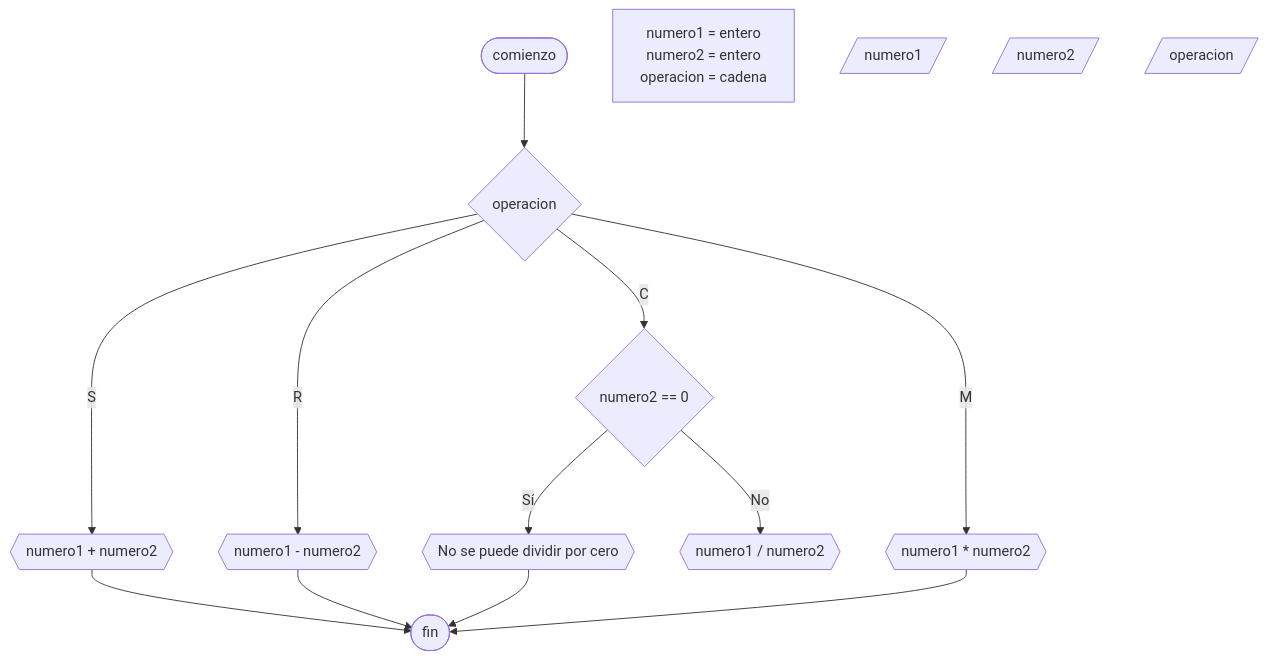
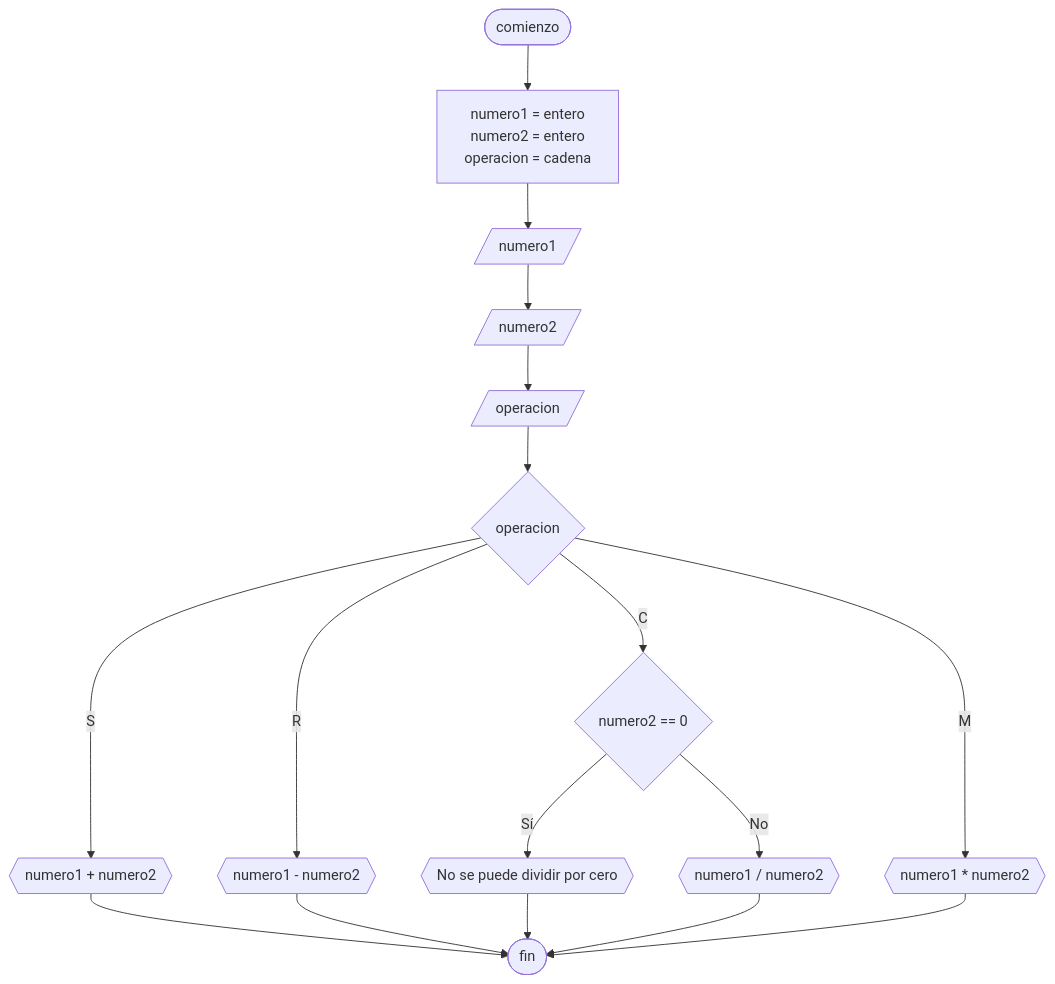
One commit to martinstanicio/ingenieria-en-sistemas changed the diagram in Algoritmos y Estructuras de Datos/Actividades/20240503 - Operaciones matemáticas.md. Above: the diagram before and after it, drawn with Mermaid. The commit also changed 7 other files, not shown here.

````diff
--- a/Algoritmos y Estructuras de Datos/Actividades/20240503 - Operaciones matemáticas.md
+++ b/Algoritmos y Estructuras de Datos/Actividades/20240503 - Operaciones matemáticas.md
@@ -34,38 +34,39 @@
 ```mermaid
 flowchart TB
 	comienzo([comienzo])
     
 	variables["`numero1 = entero
 	numero2 = entero
 	operacion = cadena`"]
     
-	leerNumero1[/numero1/]
-    leerNumero2[/numero2/]
-    leerOperacion[/operacion/]
+	numero1[/numero1/]
+    numero2[/numero2/]
+    operacion[/operacion/]
     
     condicion{operacion}
     
     S{{"numero1 + numero2"}}
     
     R{{"numero1 - numero2"}}
     
     CCondicion{"numero2 == 0"}
     CSi{{"No se puede dividir por cero"}}
     CNo{{"numero1 / numero2"}}
     
 	M{{"numero1 * numero2"}}
     
 	fin([fin])
     
-	comienzo --> condicion
+	comienzo --> variables --> numero1 --> numero2 --> operacion --> condicion
 	condicion -- "S" --> S
 	condicion -- "R" --> R
 	condicion -- "C" --> CCondicion
 	CCondicion -- Sí --> CSi
 	CCondicion -- No --> CNo
 	condicion -- "M" --> M
 	S --> fin
 	R --> fin
 	CSi --> fin
+	CNo --> fin
 	M --> fin
 ```
````
